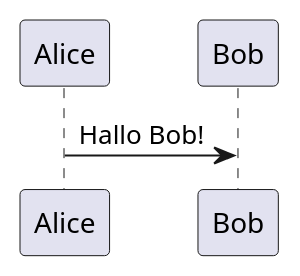
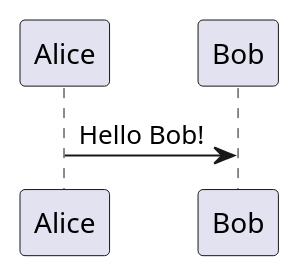
One commit to Isabella25B/CaMo---Campus-Mobility changed the diagram in docs/architecture/test.puml. Above: the diagram before and after it, drawn with PlantUML.

Commit message:
test plantUML Action

```diff
--- a/docs/architecture/test.puml
+++ b/docs/architecture/test.puml
@@ -1,3 +1,3 @@
 @startuml
-Alice -> Bob: Hallo Bob!
+Alice -> Bob: Hello Bob!
 @enduml
```
